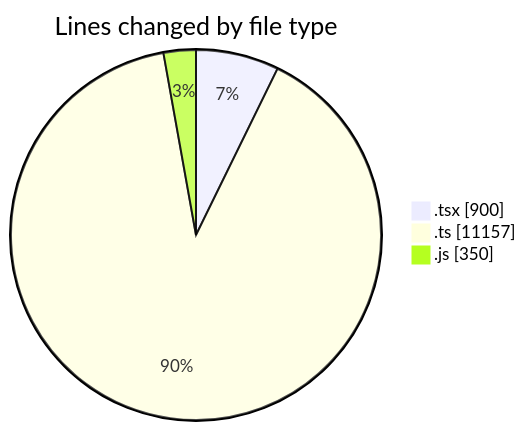
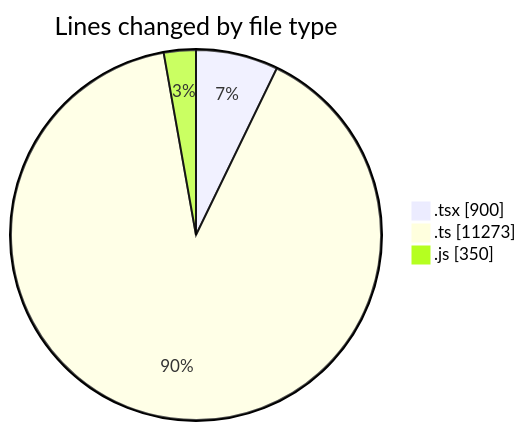
Before and after one commit to momahboobian/code-tracking: the first of 2 diagrams in 2025-11-26/cda/README.md, drawn with Mermaid. The commit also changed other lines of this file and 1 other file, not shown here.

````diff
--- a/2025-11-26/cda/README.md
+++ b/2025-11-26/cda/README.md
@@ -25,7 +26,7 @@
 ```mermaid
 pie showData
 title Lines changed by file type
 ".tsx" : 900
-".ts" : 11157
+".ts" : 11273
 ".js" : 350
 ```
````
